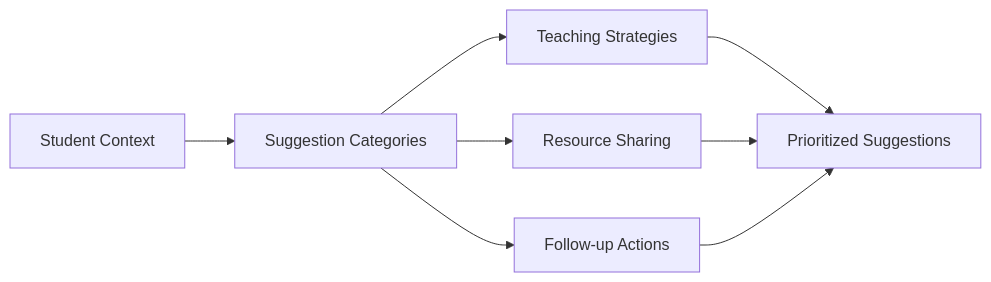
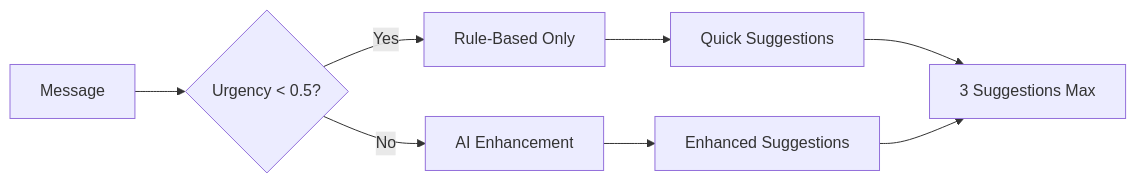
Before and after one commit to xandylearning/zulip: the sixth of 14 diagrams in docs/development/ai agent/ai-agent-architecture.md, drawn with Mermaid. The commit also changed other lines of this file and 27 other files, not shown here.

````diff
--- a/docs/development/ai agent/ai-agent-architecture.md
+++ b/docs/development/ai agent/ai-agent-architecture.md
@@ -197,10 +228,10 @@
 ```mermaid
 graph LR
-    A[Student Context] --> B[Suggestion Categories]
-    B --> C[Teaching Strategies]
-    B --> D[Resource Sharing]
-    B --> E[Follow-up Actions]
-    C --> F[Prioritized Suggestions]
-    D --> F
-    E --> F
+    A[Message] --> B{Urgency < 0.5?}
+    B -->|Yes| C[Rule-Based Only]
+    B -->|No| D[AI Enhancement]
+    C --> E[Quick Suggestions]
+    D --> F[Enhanced Suggestions]
+    E --> G[3 Suggestions Max]
+    F --> G
 ```
````
